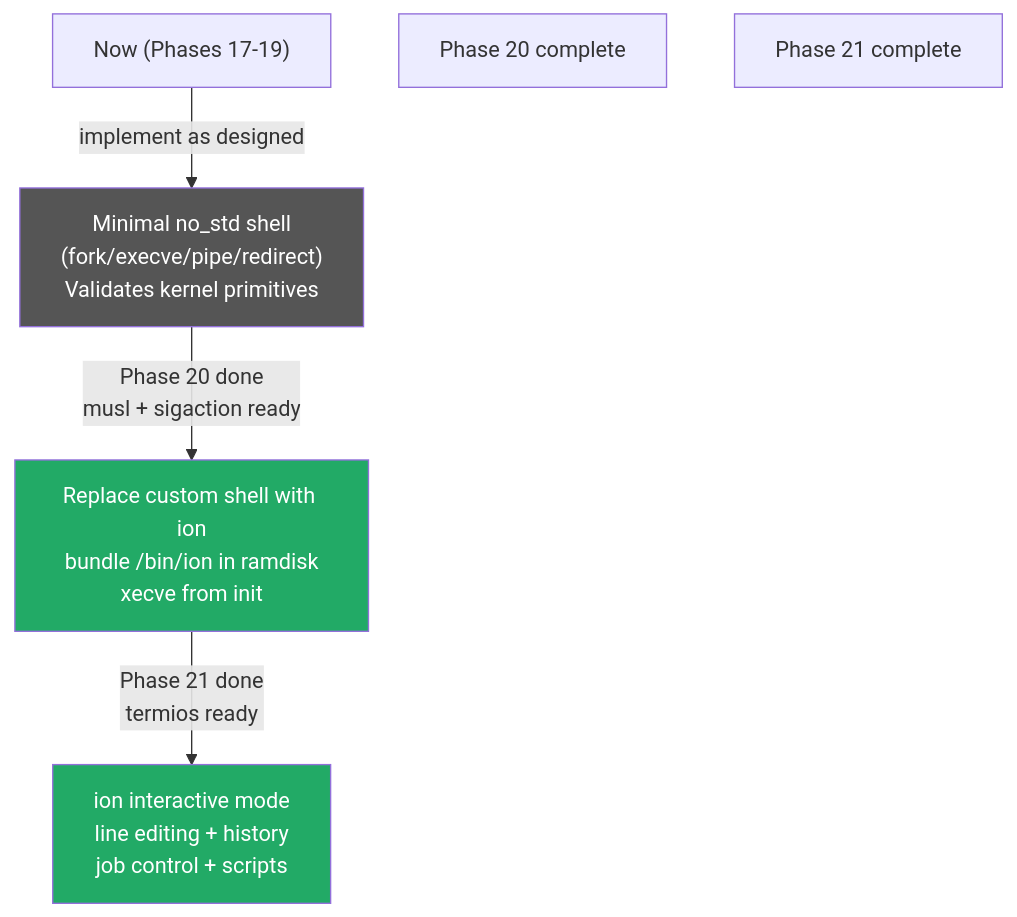
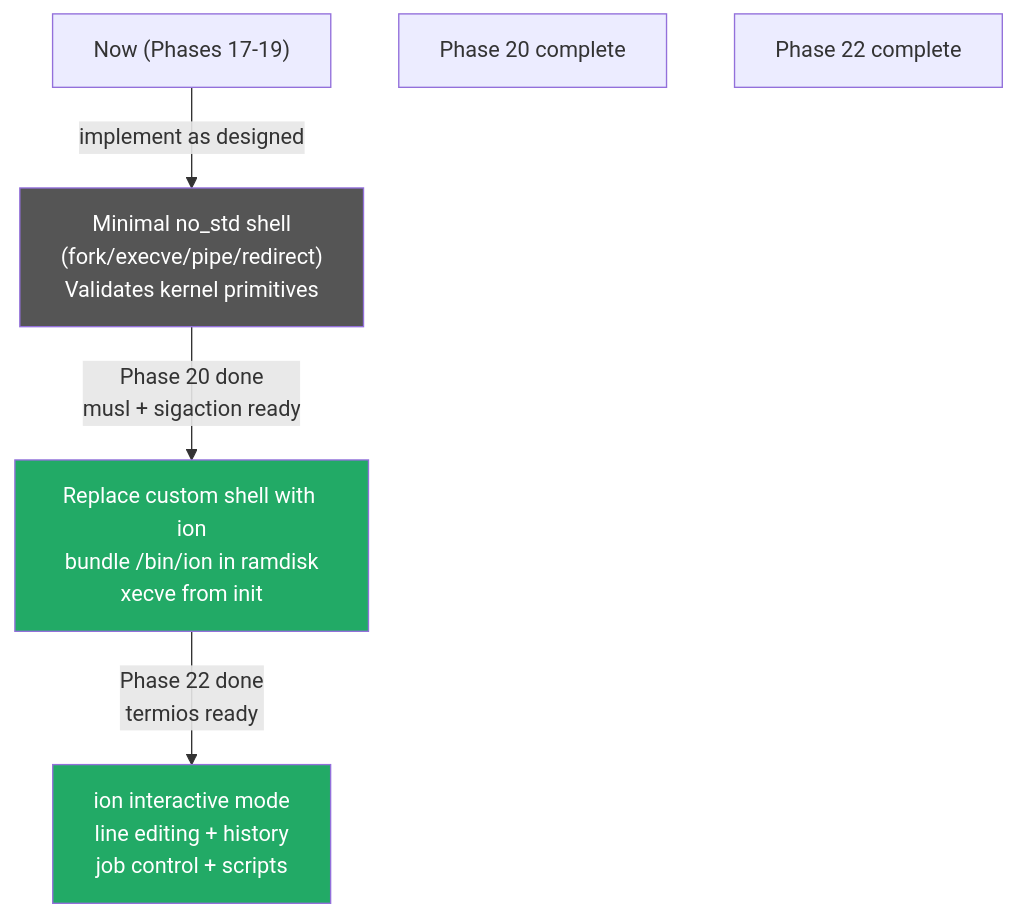
Before and after one commit to mikecubed/m3OS: the third of 3 diagrams in docs/shell/alternative-shells.md, drawn with Mermaid. The commit also changed other lines of this file and 14 other files, not shown here.

First line of the commit message:
docs: add Phase 21 (Ion Shell Integration) and renumber phases 21-25 → 22-26 (#21)

````diff
--- a/docs/shell/alternative-shells.md
+++ b/docs/shell/alternative-shells.md
@@ -245,14 +245,14 @@
 ```mermaid
 flowchart TD
     now["Now (Phases 17-19)"]
     p20["Phase 20 complete"]
-    p21["Phase 21 complete"]
+    p21["Phase 22 complete"]
 
     now -->|"implement as designed"| minShell["Minimal no_std shell\n(fork/execve/pipe/redirect)\nValidates kernel primitives"]
     minShell -->|"Phase 20 done\nmusl + sigaction ready"| replaceShell["Replace custom shell with ion\nbundle /bin/ion in ramdisk\nxecve from init"]
-    replaceShell -->|"Phase 21 done\ntermios ready"| ionInteractive["ion interactive mode\nline editing + history\njob control + scripts"]
+    replaceShell -->|"Phase 22 done\ntermios ready"| ionInteractive["ion interactive mode\nline editing + history\njob control + scripts"]
 
     style minShell fill:#555,color:#fff
     style replaceShell fill:#2a6,color:#fff
     style ionInteractive fill:#2a6,color:#fff
 ```
````
